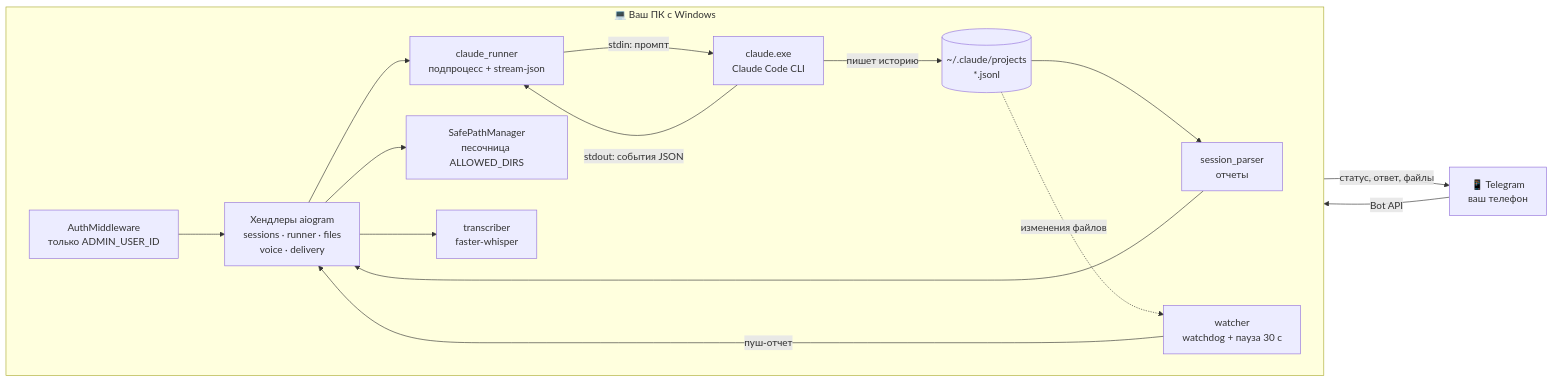
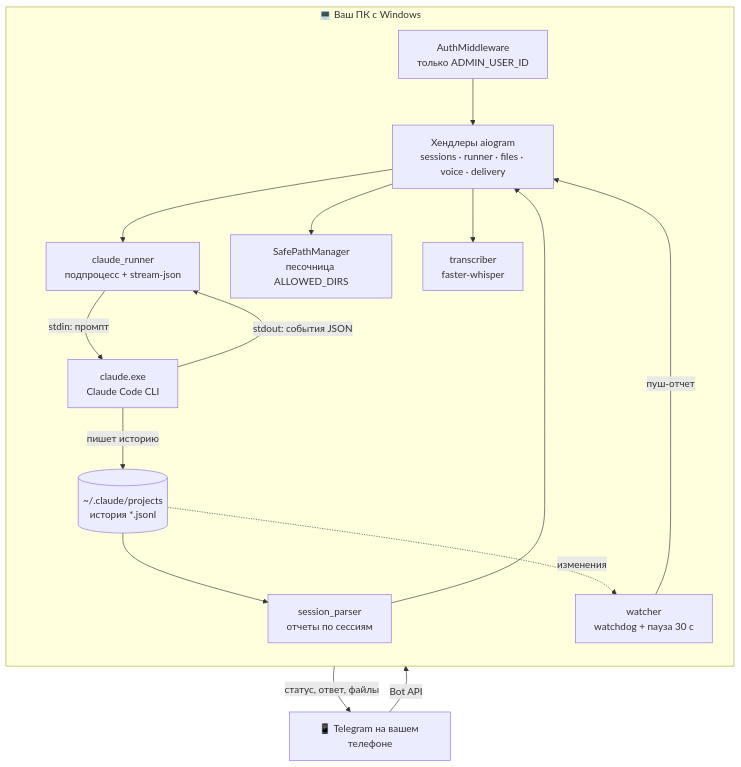
The first of 4 diagrams in README.md (EGRNEGR/claude-remote-ops), drawn with Mermaid before and after one commit.

Commit message:
README: vertical architecture diagram

````diff
--- a/README.md
+++ b/README.md
@@ -37,21 +37,30 @@
 ```mermaid
-flowchart LR
-    phone["📱 Telegram<br/>ваш телефон"] -->|Bot API| auth
+flowchart TB
+    phone["📱 Telegram на вашем телефоне"]
 
     subgraph pc["💻 Ваш ПК с Windows"]
-        direction LR
-        auth["AuthMiddleware<br/>только ADMIN_USER_ID"] --> handlers["Хендлеры aiogram<br/>sessions · runner · files<br/>voice · delivery"]
-        handlers --> runner["claude_runner<br/>подпроцесс + stream-json"]
-        handlers --> fm["SafePathManager<br/>песочница ALLOWED_DIRS"]
-        handlers --> stt["transcriber<br/>faster-whisper"]
-        runner -->|"stdin: промпт"| cli["claude.exe<br/>Claude Code CLI"]
+        direction TB
+        auth["AuthMiddleware<br/>только ADMIN_USER_ID"]
+        handlers["Хендлеры aiogram<br/>sessions · runner · files · voice · delivery"]
+        runner["claude_runner<br/>подпроцесс + stream-json"]
+        fm["SafePathManager<br/>песочница ALLOWED_DIRS"]
+        stt["transcriber<br/>faster-whisper"]
+        cli["claude.exe<br/>Claude Code CLI"]
+        hist[("~/.claude/projects<br/>история *.jsonl")]
+        parser["session_parser<br/>отчеты по сессиям"]
+        watcher["watcher<br/>watchdog + пауза 30 с"]
+
+        auth --> handlers
+        handlers --> runner & fm & stt
+        runner -->|"stdin: промпт"| cli
         cli -->|"stdout: события JSON"| runner
-        cli -->|пишет историю| hist[("~/.claude/projects<br/>*.jsonl")]
-        hist --> parser["session_parser<br/>отчеты"]
-        hist -. "изменения файлов" .-> watcher["watcher<br/>watchdog + пауза 30 с"]
+        cli -->|пишет историю| hist
+        hist --> parser
+        hist -. изменения .-> watcher
         parser --> handlers
         watcher -->|пуш-отчет| handlers
     end
 
+    phone -->|Bot API| auth
     handlers -->|"статус, ответ, файлы"| phone
 ```
````
